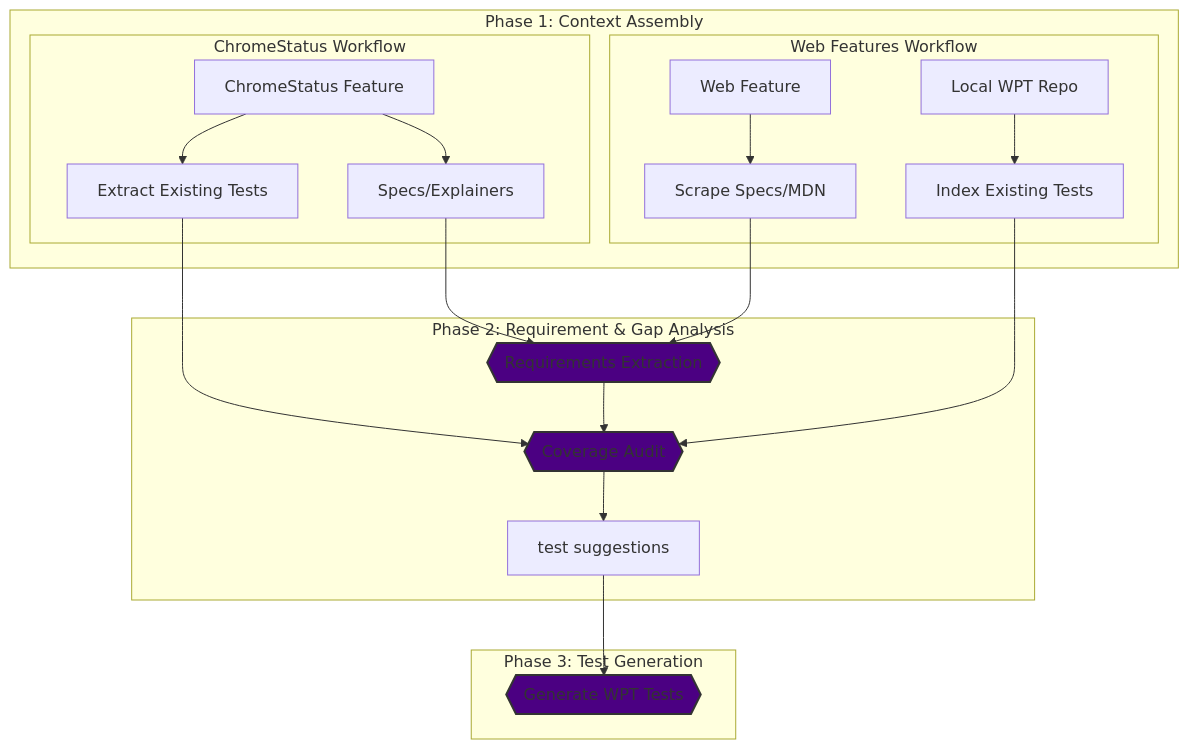
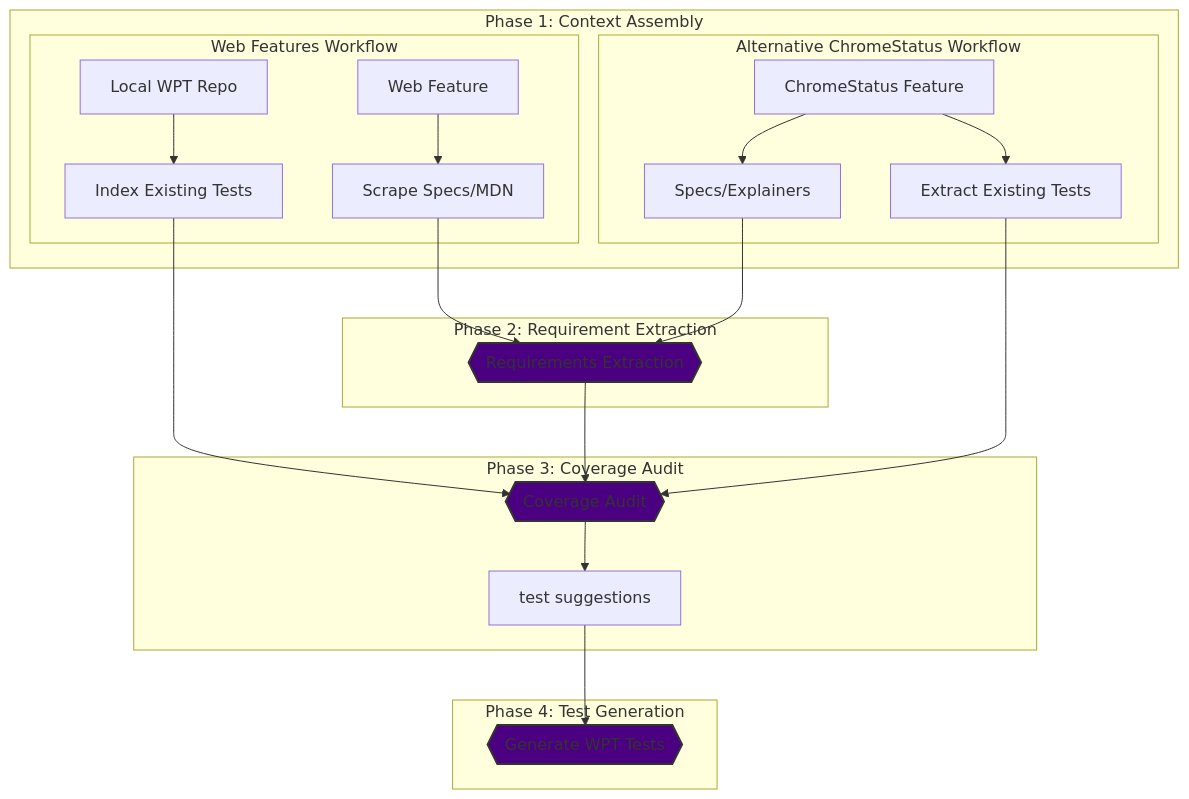
The diagram in README.md (GoogleChromeLabs/wpt-gen), drawn with Mermaid before and after one commit. The commit also changed other lines of this file, not shown here.

Commit message:
docs: clarify that ChromeStatus integration is optional in README

````diff
--- a/README.md
+++ b/README.md
@@ -31,26 +32,30 @@
 ```mermaid
 flowchart TD
     subgraph Phase1[Phase 1: Context Assembly]
-        subgraph WF[Web Features Workflow]
-            A[Web Feature] --> B[Scrape Specs/MDN]
-            C[Local WPT Repo] --> D[Index Existing Tests]
-        end
-        subgraph CS[ChromeStatus Workflow]
+    subgraph CS[Alternative ChromeStatus Workflow]
             I[ChromeStatus Feature] --> J[Specs/Explainers]
             I --> K[Extract Existing Tests]
         end
+        subgraph WF[Web Features Workflow]
+            C[Local WPT Repo] --> D[Index Existing Tests]
+            A[Web Feature] --> B[Scrape Specs/MDN]
+        end
+        
     end
 
-    subgraph Analysis[Phase 2: Requirement & Gap Analysis]
+    subgraph Phase2[Phase 2: Requirement Extraction]
         B & J --> E{{Requirements Extraction}}
+    end
+
+    subgraph Phase3[Phase 3: Coverage Audit]
         E & D & K --> F{{Coverage Audit}}
         F --> G[test suggestions]
     end
 
-    subgraph Phase3[Phase 3: Test Generation]
+    subgraph Phase4[Phase 4: Test Generation]
         G --> H{{Generate WPT Tests}}
     end
 
     classDef llm fill:#4B0082,stroke:#333,stroke-width:2px;
     class E,F,H llm;
 ```
````
